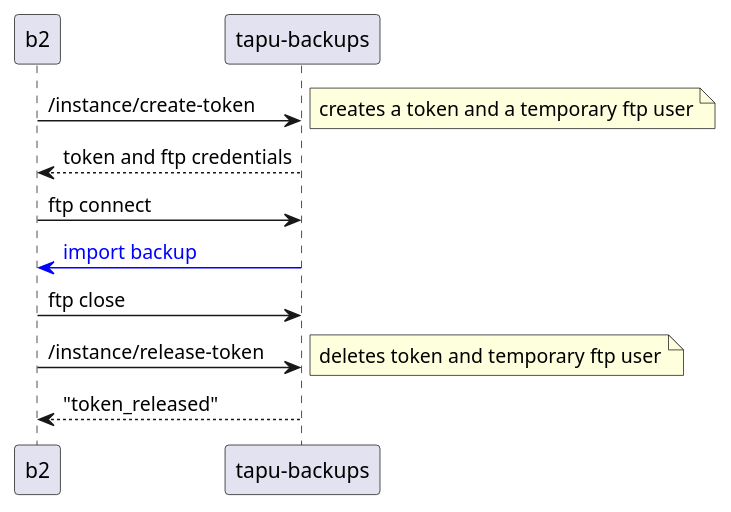
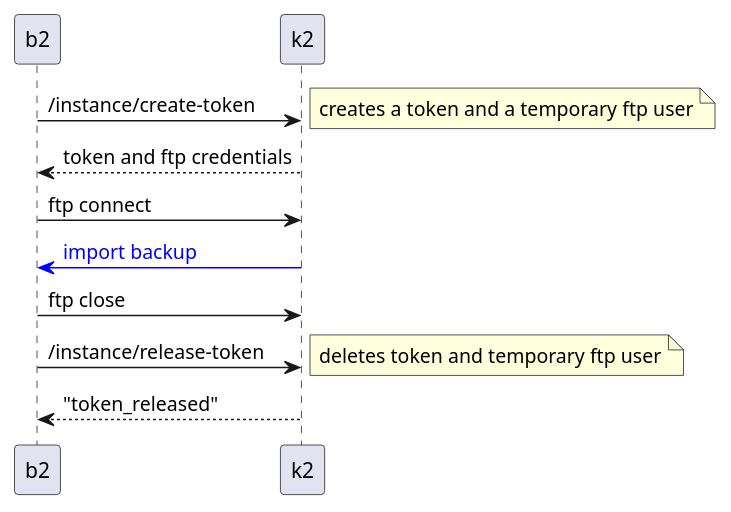
Before and after one commit to yesbabylon/k2: the diagram in doc/uml/backup-import.puml, drawn with PlantUML. The commit also changed 30 other files, not shown here.

```diff
--- a/doc/uml/backup-import.puml
+++ b/doc/uml/backup-import.puml
@@ -1,19 +1,19 @@
 @startuml backup-import
 
-b2 -> "tapu-backups": /instance/create-token
+b2 -> "k2": /instance/create-token
 note right: creates a token and a temporary ftp user
 
-"tapu-backups" --> b2: token and ftp credentials
+"k2" --> b2: token and ftp credentials
 
-b2 -> "tapu-backups": ftp connect
+b2 -> "k2": ftp connect
 
-"tapu-backups" -[#blue]> b2: <font color="blue">import backup</font>
+"k2" -[#blue]> b2: <font color="blue">import backup</font>
 
-b2 -> "tapu-backups": ftp close
+b2 -> "k2": ftp close
 
-b2 -> "tapu-backups": /instance/release-token
+b2 -> "k2": /instance/release-token
 note right: deletes token and temporary ftp user
 
-"tapu-backups" --> b2: "token_released"
+"k2" --> b2: "token_released"
 
 @enduml
```
